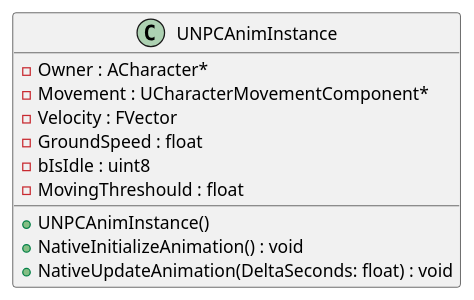
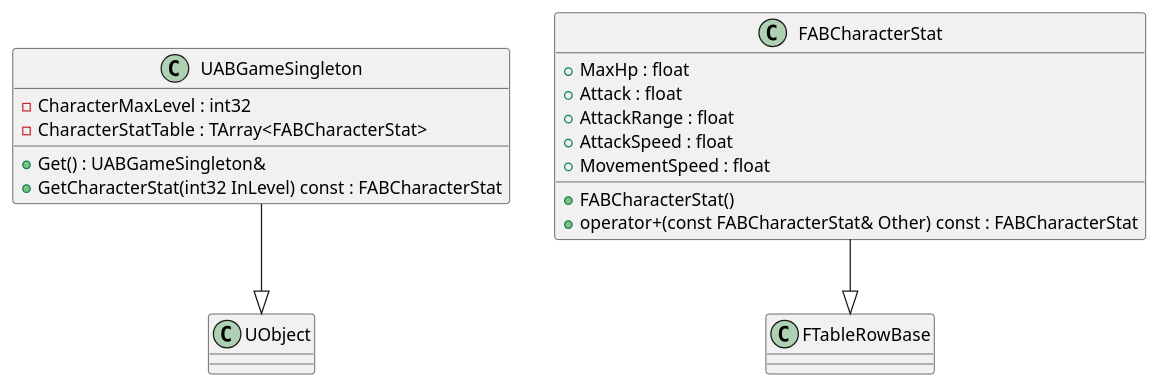
The diagram in InfiniteAbyss/Source/GameData.puml (sdj3701/Infinite-Abyss), drawn with PlantUML before and after one commit. The commit also changed 25 other files, not shown here.

Commit message:
Feat : UML 갱신

```diff
--- a/InfiniteAbyss/Source/GameData.puml
+++ b/InfiniteAbyss/Source/GameData.puml
@@ -1,15 +1,21 @@
 @startuml
 
-class UNPCAnimInstance {
-    + UNPCAnimInstance()
-    + NativeInitializeAnimation() : void
-    + NativeUpdateAnimation(DeltaSeconds: float) : void
-    - Owner : ACharacter*
-    - Movement : UCharacterMovementComponent*
-    - Velocity : FVector
-    - GroundSpeed : float
-    - bIsIdle : uint8
-    - MovingThreshould : float
+class UABGameSingleton {
+    + Get() : UABGameSingleton&
+    + GetCharacterStat(int32 InLevel) const : FABCharacterStat
+    - CharacterMaxLevel : int32
+    - CharacterStatTable : TArray<FABCharacterStat>
 }
+class FABCharacterStat {
+    + MaxHp : float
+    + Attack : float
+    + AttackRange : float
+    + AttackSpeed : float
+    + MovementSpeed : float
+    + FABCharacterStat()
+    + operator+(const FABCharacterStat& Other) const : FABCharacterStat
+}
+FABCharacterStat --|> FTableRowBase
+UABGameSingleton --|> UObject
 
 @enduml
```
